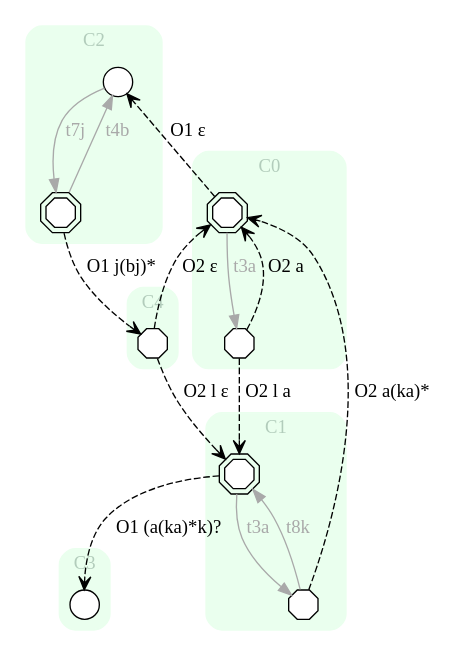
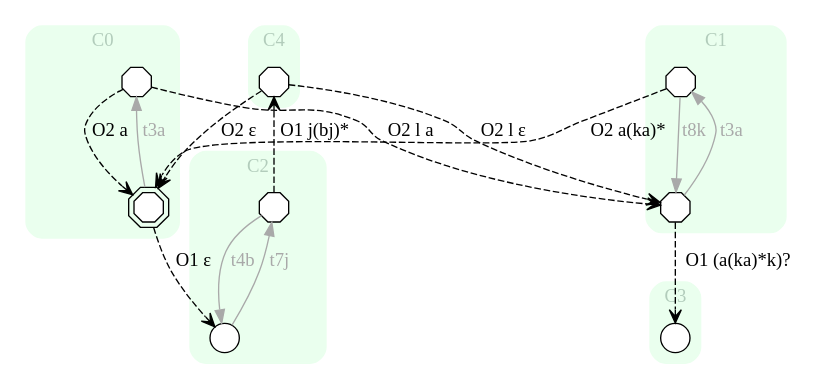
Before and after one commit to Stefano-BS/Explanatory-Diagnosis: the diagram in input/s2_PEX.dot, drawn with Graphviz. The commit also changed 21 other files, not shown here.

```diff
--- a/input/s2_PEX.dot
+++ b/input/s2_PEX.dot
@@ -1,44 +1,44 @@
 digraph "EXPinput/s2" {
 node [style=filled fillcolor=white]
 subgraph cluster0 {
 style="rounded,filled" label="C0" fontcolor="#B2CCBB" color="#EAFFEE"
 edge[color=darkgray fontcolor=darkgray]
+node [shape=octagon width=0.3 height=0.3]; C0S1 [label=""];
 node [shape=doubleoctagon width=0.3 height=0.3]; C0S0 [label=""];
-node [shape=octagon width=0.3 height=0.3]; C0S1 [label=""];
 C0S0 -> C0S1 [label=t3a]
 }
 subgraph cluster1 {
 style="rounded,filled" label="C1" fontcolor="#B2CCBB" color="#EAFFEE"
 edge[color=darkgray fontcolor=darkgray]
-node [shape=doubleoctagon width=0.3 height=0.3]; C1S0 [label=""];
 node [shape=octagon width=0.3 height=0.3]; C1S1 [label=""];
+node [shape=octagon width=0.3 height=0.3]; C1S0 [label=""];
+C1S1 -> C1S0 [label=t8k]
 C1S0 -> C1S1 [label=t3a]
-C1S1 -> C1S0 [label=t8k]
 }
 subgraph cluster2 {
 style="rounded,filled" label="C2" fontcolor="#B2CCBB" color="#EAFFEE"
 edge[color=darkgray fontcolor=darkgray]
+node [shape=octagon width=0.3 height=0.3]; C2S1 [label=""];
 node [shape=circle width=0.3 height=0.3]; C2S0 [label=""];
-node [shape=doubleoctagon width=0.3 height=0.3]; C2S1 [label=""];
+C2S1 -> C2S0 [label=t4b]
 C2S0 -> C2S1 [label=t7j]
-C2S1 -> C2S0 [label=t4b]
 }
 subgraph cluster3 {
 style="rounded,filled" label="C3" fontcolor="#B2CCBB" color="#EAFFEE"
 edge[color=darkgray fontcolor=darkgray]
 node [shape=circle width=0.3 height=0.3]; C3S0 [label=""];
 }
 subgraph cluster4 {
 style="rounded,filled" label="C4" fontcolor="#B2CCBB" color="#EAFFEE"
 edge[color=darkgray fontcolor=darkgray]
 node [shape=octagon width=0.3 height=0.3]; C4S0 [label=""];
 }
 C0S1 -> C0S0 [style=dashed arrowhead=vee label="O2 a"]
 C0S1 -> C1S0 [style=dashed arrowhead=vee label="O2 l a"]
 C1S1 -> C0S0 [style=dashed arrowhead=vee label="O2 a(ka)*"]
 C0S0 -> C2S0 [style=dashed arrowhead=vee label="O1 ε"]
 C1S0 -> C3S0 [style=dashed arrowhead=vee label="O1 (a(ka)*k)?"]
 C2S1 -> C4S0 [style=dashed arrowhead=vee label="O1 j(bj)*"]
 C4S0 -> C1S0 [style=dashed arrowhead=vee label="O2 l ε"]
 C4S0 -> C0S0 [style=dashed arrowhead=vee label="O2 ε"]
 }
```
